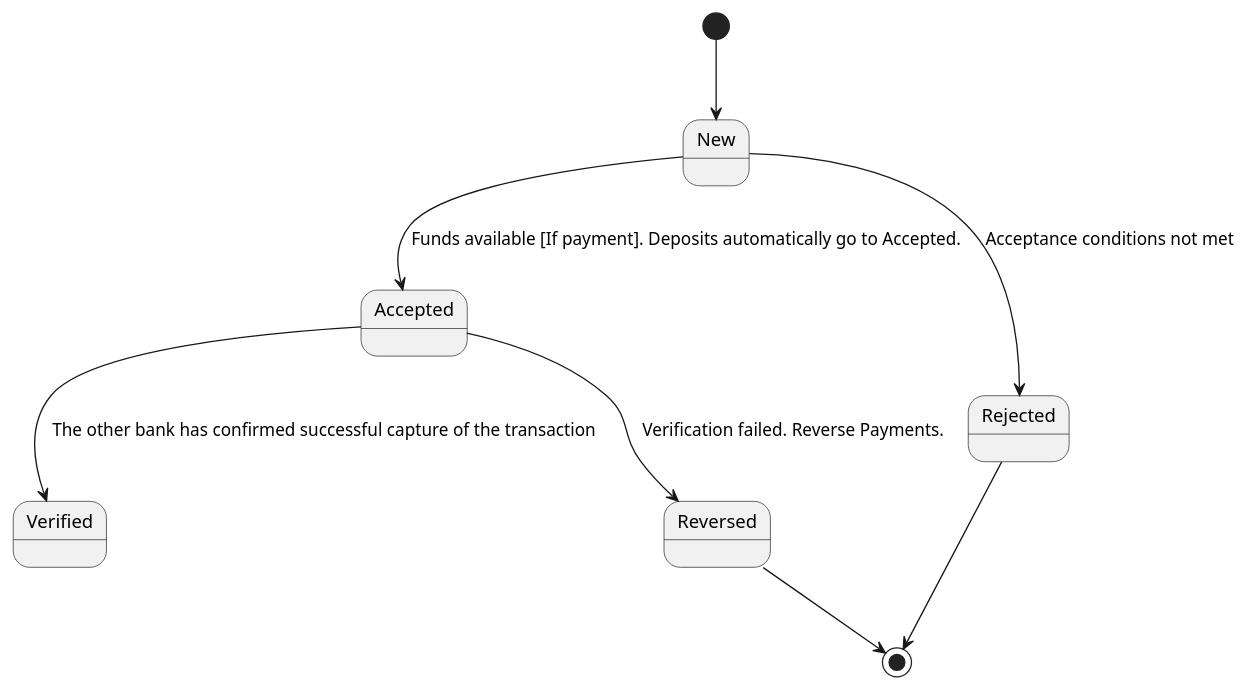
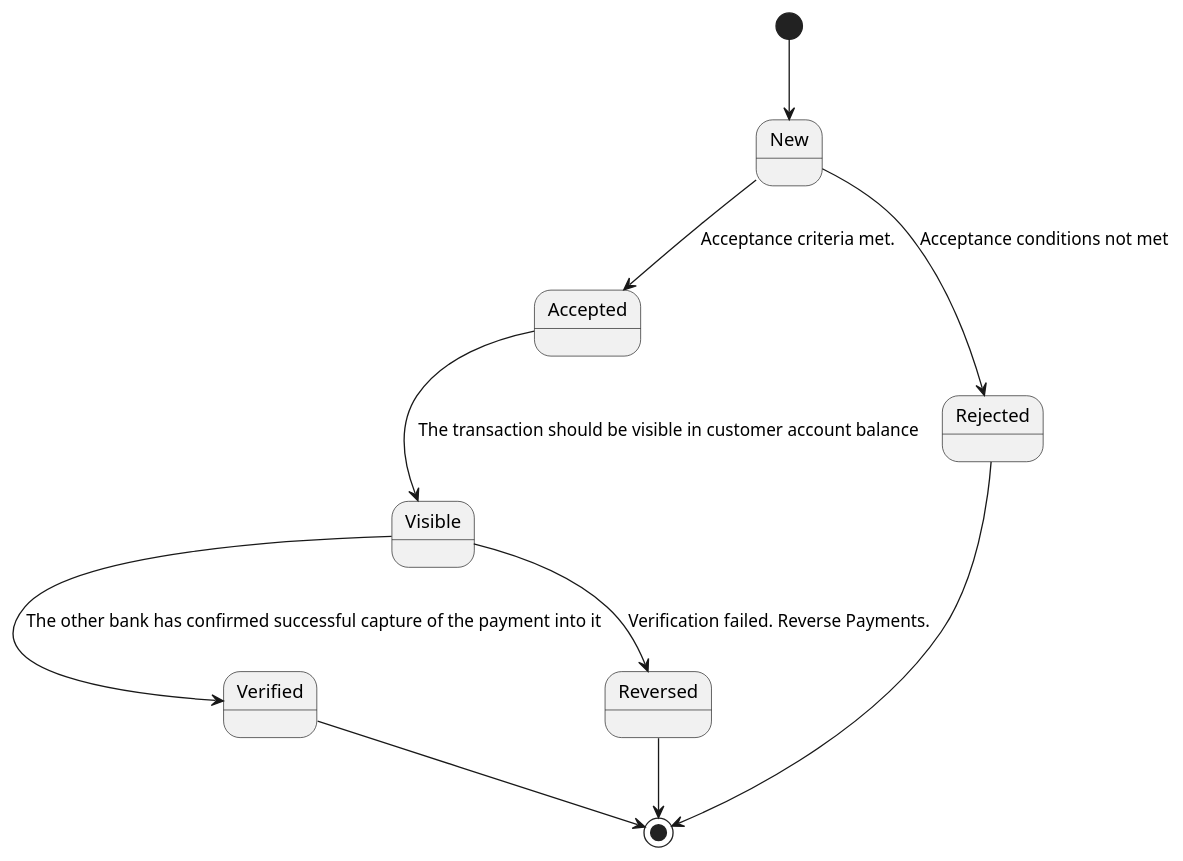
Before and after one commit to Apitel-Bank/apitel-bank: the diagram in diagrams/account-transaction-status-progressions.plantuml, drawn with PlantUML. The commit also changed 34 other files, not shown here.

```diff
--- a/diagrams/account-transaction-status-progressions.plantuml
+++ b/diagrams/account-transaction-status-progressions.plantuml
@@ -4,23 +4,30 @@
 @startuml
-' A transaction will be queued, once popped from the queue for processing it
-' is added to db (for auditing purposes) and is marked as new.
+' A transaction is marked as new when received.
 [*] --> New
 
-' Next step is to verify that the source and target accounts exists, if payment, and that
-' the customer has enough funds for the transaction. For Deposits we verify that the target
-' account exists.
-' In Accepted state, PAYMENT transactions count towards the user's balance (i.e reflect)
-New --> Accepted : Funds available [If payment]. Deposits automatically go to Accepted.
+' Payments are marked as accepted when the customer has funds
+' Deposits are marked as accepted just before the sending bank is notified of successful capture of the funds
+New --> Accepted : Acceptance criteria met.
+
+' Payments are visible immediately
+' Deposits are only visible if the sending bank responded with success of the receipt of the funds
+'          If the response was an error the deposit stays in accepted and will be retried at a schedule
+'          a set number of times after which the issue is escalated with bank manager.
+Accepted --> Visible : The transaction should be visible in customer account balance
 
 ' Transaction declined, a rejection reason is communicated back to initiator.
 New --> Rejected : Acceptance conditions not met
 
-' If DEPOSIT, the deposited amount will count towards user's balance.
-Accepted --> Verified : The other bank has confirmed successful capture of the transaction
+' Payments are marked as verified when the receiving bank has confirmed receipt of the funds.
+'   If the funds cannot be routed to a receiving bank. The notes are returned bank into
+'   out bank and the customer account is credited to reverse the payment.
+' After being marked as visible, deposits immediately become verified.
+Visible --> Verified : The other bank has confirmed successful capture of the payment into it
 
-' The other bank failed to verify successful capture of the transaction.
+' The other bank failed to verify successful capture of a payment into it.
 ' If PAYMENT the user's funds are reversed.
-Accepted --> Reversed : Verification failed. Reverse Payments.
+Visible --> Reversed : Verification failed. Reverse Payments.
 Reversed --> [*]
 Rejected --> [*]
+Verified --> [*]
 @enduml
```
